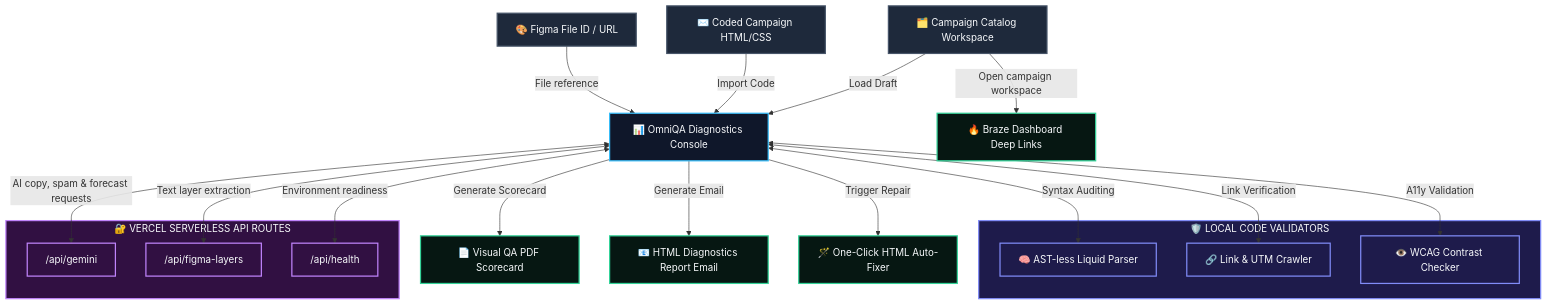
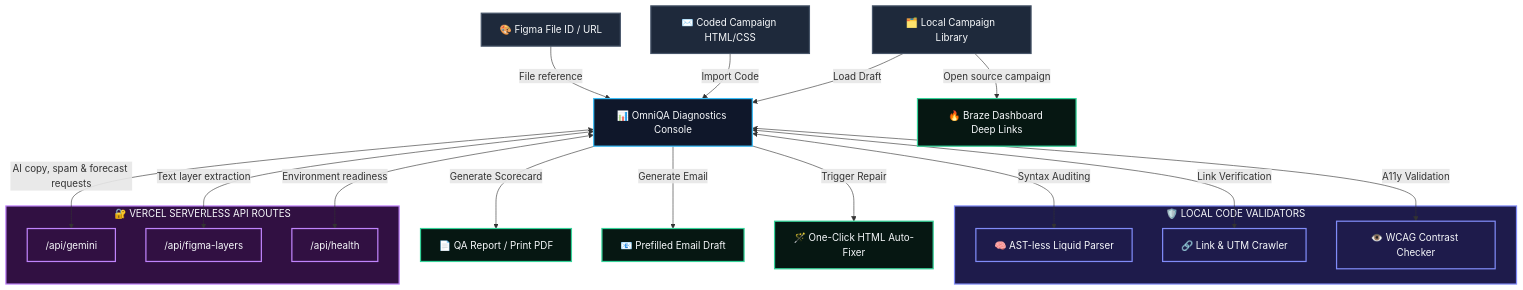
The diagram in README.md (mzubtsova/omni-qa-braze), drawn with Mermaid before and after one commit. The commit also changed other lines of this file and 8 other files, not shown here.

````diff
--- a/README.md
+++ b/README.md
@@ -11,53 +11,53 @@
 ```mermaid
 flowchart TD
     %% Styling Definitions
     classDef source fill:#1e293b,stroke:#475569,stroke-width:2px,color:#f8fafc;
     classDef core fill:#0f172a,stroke:#38bdf8,stroke-width:2px,color:#f8fafc;
     classDef validator fill:#1e1b4b,stroke:#818cf8,stroke-width:2px,color:#f8fafc;
     classDef server fill:#311042,stroke:#c084fc,stroke-width:2px,color:#f8fafc;
     classDef output fill:#061712,stroke:#34d399,stroke-width:2px,color:#f8fafc;
 
     %% Nodes
     Figma["🎨 Figma File ID / URL"]:::source
     Payload["✉️ Coded Campaign HTML/CSS"]:::source
-    Catalog["🗂️ Campaign Catalog Workspace"]:::source
+    Catalog["🗂️ Local Campaign Library"]:::source
     
     App["📊 OmniQA Diagnostics Console"]:::core
     
     subgraph LocalValidators ["🛡️ LOCAL CODE VALIDATORS"]
         Liquid["🧠 AST-less Liquid Parser"]
         Links["🔗 Link & UTM Crawler"]
         WCAG["👁️ WCAG Contrast Checker"]
     end
     class LocalValidators,Liquid,Links,WCAG validator;
     
     subgraph ServerRoutes ["🔐 VERCEL SERVERLESS API ROUTES"]
         GeminiRoute["/api/gemini"]
         FigmaRoute["/api/figma-layers"]
         HealthRoute["/api/health"]
     end
     class ServerRoutes,GeminiRoute,FigmaRoute,HealthRoute server;
     
-    PDFExport["📄 Visual QA PDF Scorecard"]:::output
-    ReportEmail["📧 HTML Diagnostics Report Email"]:::output
+    PDFExport["📄 QA Report / Print PDF"]:::output
+    ReportEmail["📧 Prefilled Email Draft"]:::output
     AutoFix["🪄 One-Click HTML Auto-Fixer"]:::output
     BrazeLinks["🔥 Braze Dashboard Deep Links"]:::output
     
     %% Flow Connections
     Figma -->|File reference| App
     Payload -->|Import Code| App
     Catalog -->|Load Draft| App
     
     App <-->|Syntax Auditing| Liquid
     App <-->|Link Verification| Links
     App <-->|A11y Validation| WCAG
     
     App <-->|AI copy, spam & forecast requests| GeminiRoute
     App <-->|Text layer extraction| FigmaRoute
     App <-->|Environment readiness| HealthRoute
     
     App -->|Generate Scorecard| PDFExport
     App -->|Generate Email| ReportEmail
     App -->|Trigger Repair| AutoFix
-    Catalog -->|Open campaign workspace| BrazeLinks
+    Catalog -->|Open source campaign| BrazeLinks
 ```
````
